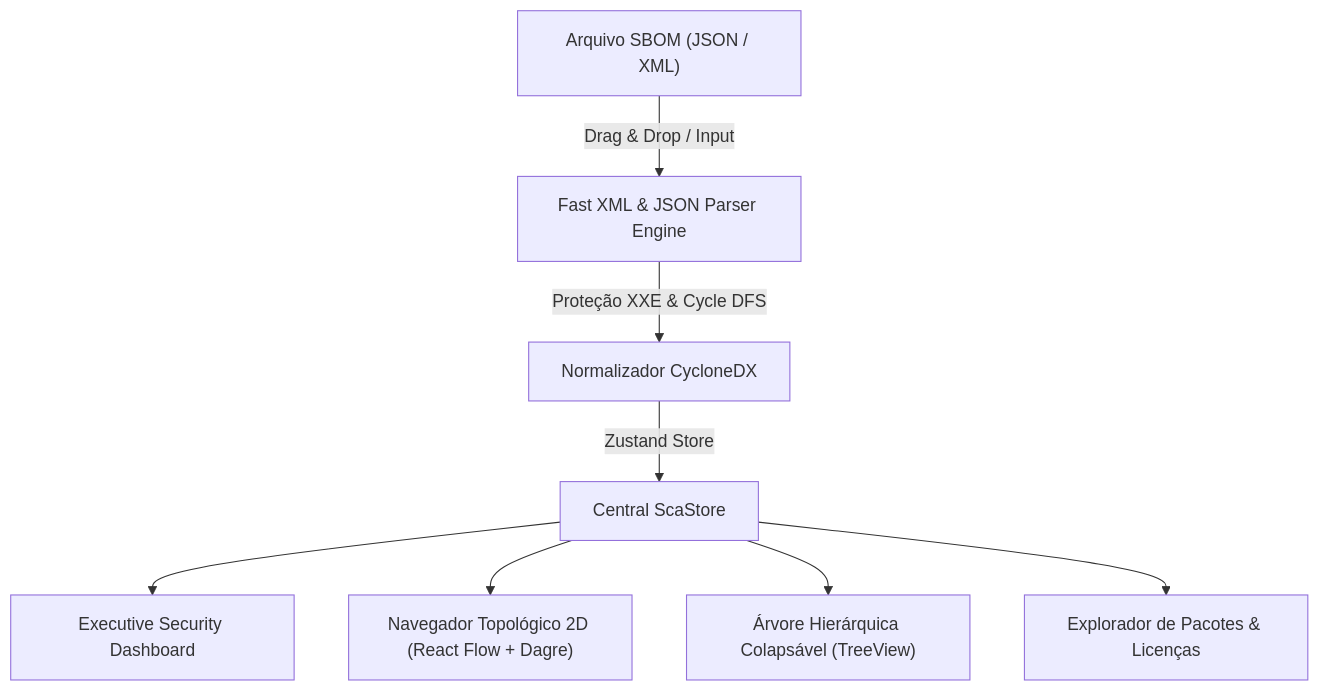
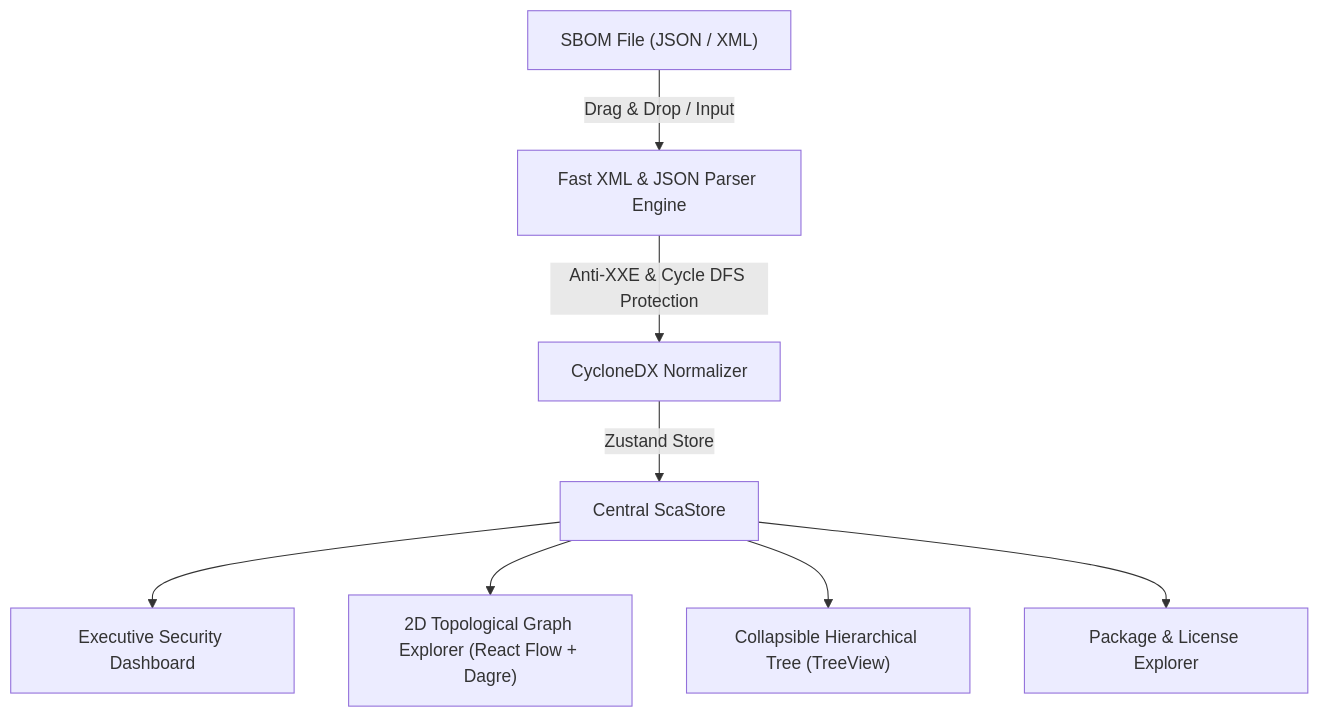
The diagram in README.md (brunoez/sca), drawn with Mermaid before and after one commit. The commit also changed other lines of this file and 1 other file, not shown here.

````diff
--- a/README.md
+++ b/README.md
@@ -23,11 +27,11 @@
 ```mermaid
 graph TD
-    A["Arquivo SBOM (JSON / XML)"] -->|Drag & Drop / Input| B["Fast XML & JSON Parser Engine"]
-    B -->|Proteção XXE & Cycle DFS| C["Normalizador CycloneDX"]
+    A["SBOM File (JSON / XML)"] -->|Drag & Drop / Input| B["Fast XML & JSON Parser Engine"]
+    B -->|Anti-XXE & Cycle DFS Protection| C["CycloneDX Normalizer"]
     C -->|Zustand Store| D["Central ScaStore"]
     
     D --> E["Executive Security Dashboard"]
-    D --> F["Navegador Topológico 2D (React Flow + Dagre)"]
-    D --> G["Árvore Hierárquica Colapsável (TreeView)"]
-    D --> H["Explorador de Pacotes & Licenças"]
+    D --> F["2D Topological Graph Explorer (React Flow + Dagre)"]
+    D --> G["Collapsible Hierarchical Tree (TreeView)"]
+    D --> H["Package & License Explorer"]
 ```
````
